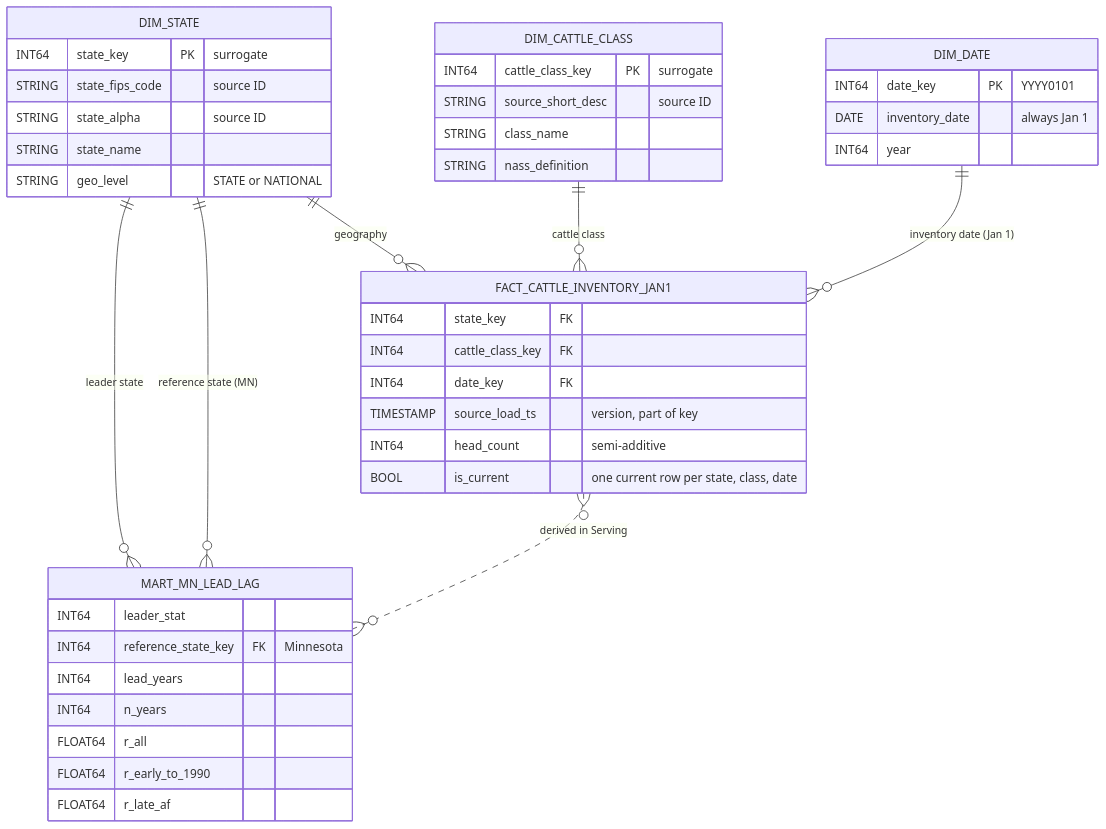
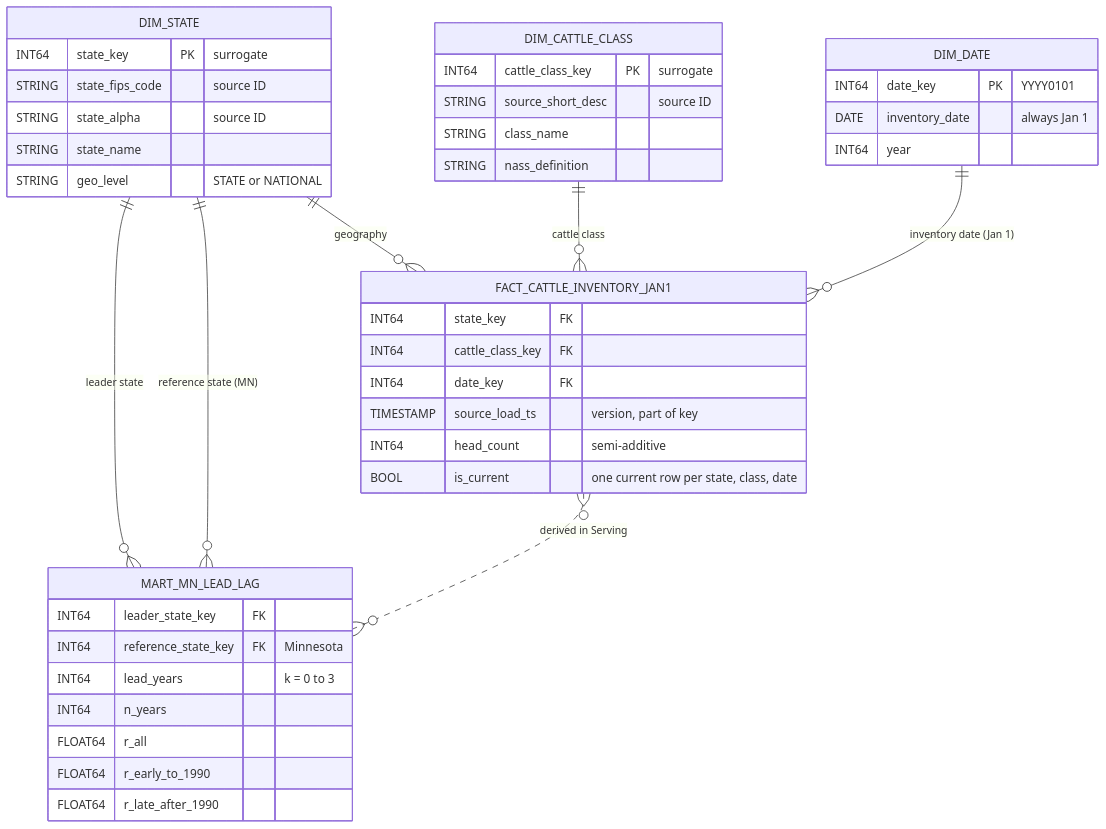
The diagram in docs/model.md (AdamTaylor1308/SEIS-732-Project), drawn with Mermaid before and after one commit.

Commit message:
Update MART_MN_LEAD_LAG fields in model documentation

````diff
--- a/docs/model.md
+++ b/docs/model.md
@@ -1,45 +1,45 @@
 ```mermaid
 erDiagram
     DIM_STATE ||--o{ FACT_CATTLE_INVENTORY_JAN1 : "geography"
     DIM_CATTLE_CLASS ||--o{ FACT_CATTLE_INVENTORY_JAN1 : "cattle class"
     DIM_DATE ||--o{ FACT_CATTLE_INVENTORY_JAN1 : "inventory date (Jan 1)"
     DIM_STATE ||--o{ MART_MN_LEAD_LAG : "leader state"
     DIM_STATE ||--o{ MART_MN_LEAD_LAG : "reference state (MN)"
     FACT_CATTLE_INVENTORY_JAN1 }o..o{ MART_MN_LEAD_LAG : "derived in Serving"
 
     FACT_CATTLE_INVENTORY_JAN1 {
         INT64 state_key FK
         INT64 cattle_class_key FK
         INT64 date_key FK
         TIMESTAMP source_load_ts "version, part of key"
         INT64 head_count "semi-additive"
         BOOL is_current "one current row per state, class, date"
     }
     DIM_STATE {
         INT64 state_key PK "surrogate"
         STRING state_fips_code "source ID"
         STRING state_alpha "source ID"
         STRING state_name
         STRING geo_level "STATE or NATIONAL"
     }
     DIM_CATTLE_CLASS {
         INT64 cattle_class_key PK "surrogate"
         STRING source_short_desc "source ID"
         STRING class_name
         STRING nass_definition
     }
     DIM_DATE {
         INT64 date_key PK "YYYY0101"
         DATE inventory_date "always Jan 1"
         INT64 year
     }
     MART_MN_LEAD_LAG {
-        INT64 leader_stat
+        INT64 leader_state_key FK
         INT64 reference_state_key FK "Minnesota"
-        INT64 lead_years
+        INT64 lead_years "k = 0 to 3"
         INT64 n_years
         FLOAT64 r_all
         FLOAT64 r_early_to_1990
-        FLOAT64 r_late_af
+        FLOAT64 r_late_after_1990
     }
 ```
````
